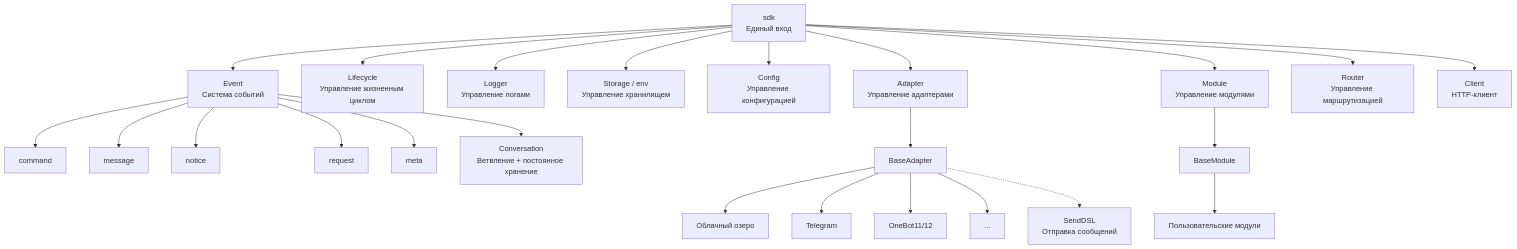
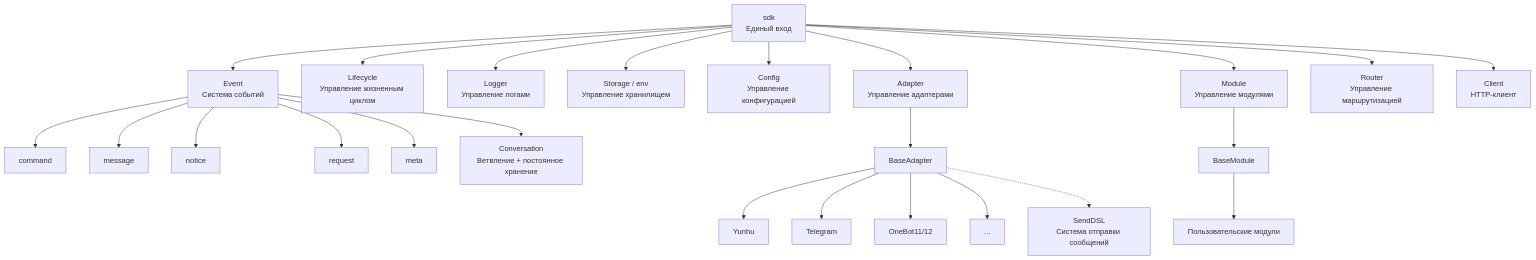
The first of 9 diagrams in docs/ru/architecture.md (ErisPulse/ErisPulse), drawn with Mermaid before and after one commit. The commit also changed other lines of this file and 79 other files, not shown here.

````diff
--- a/docs/ru/architecture.md
+++ b/docs/ru/architecture.md
@@ -9,30 +9,30 @@
 ```mermaid
 graph TB
     SDK["sdk<br/>Единый вход"]
     SDK --> Event["Event<br/>Система событий"]
     SDK --> Lifecycle["Lifecycle<br/>Управление жизненным циклом"]
     SDK --> Logger["Logger<br/>Управление логами"]
     SDK --> Storage["Storage / env<br/>Управление хранилищем"]
     SDK --> Config["Config<br/>Управление конфигурацией"]
     SDK --> AdapterMgr["Adapter<br/>Управление адаптерами"]
     SDK --> ModuleMgr["Module<br/>Управление модулями"]
     SDK --> Router["Router<br/>Управление маршрутизацией"]
     SDK --> Client["Client<br/>HTTP-клиент"]
     Event --> Command["command"]
     Event --> Message["message"]
     Event --> Notice["notice"]
     Event --> Request["request"]
     Event --> Meta["meta"]
     Event --> Conversation["Conversation<br/>Ветвление + постоянное хранение"]
 
     AdapterMgr --> BaseAdapter["BaseAdapter"]
-    BaseAdapter --> P1["Облачный озеро"]
+    BaseAdapter --> P1["Yunhu"]
     BaseAdapter --> P2["Telegram"]
     BaseAdapter --> P3["OneBot11/12"]
     BaseAdapter --> PN["..."]
 
     ModuleMgr --> BaseModule["BaseModule"]
     BaseModule --> CM["Пользовательские модули"]
 
-    BaseAdapter -.-> SendDSL["SendDSL<br/>Отправка сообщений"]
+    BaseAdapter -.-> SendDSL["SendDSL<br/>Система отправки сообщений"]
 ```
````
